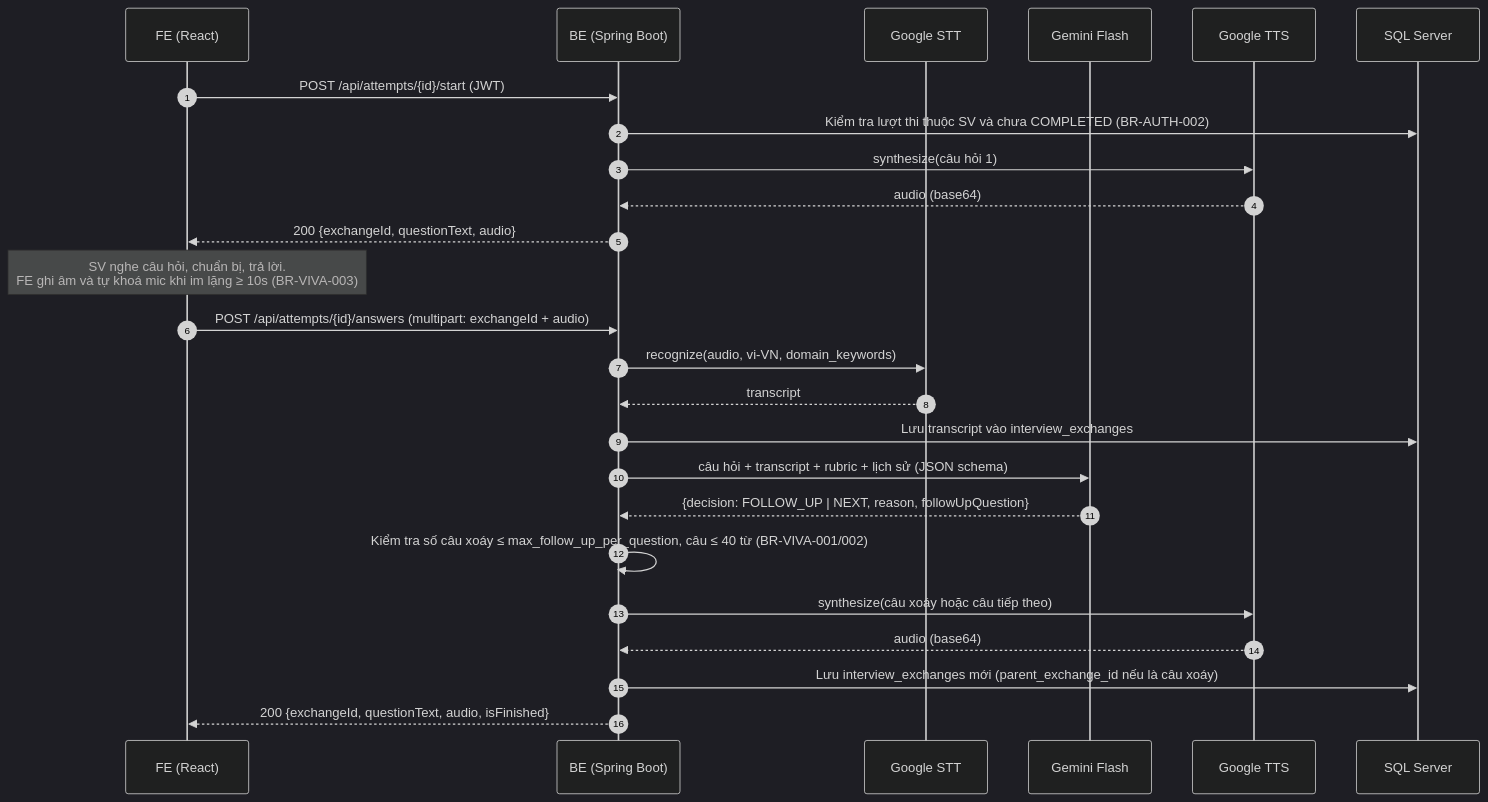
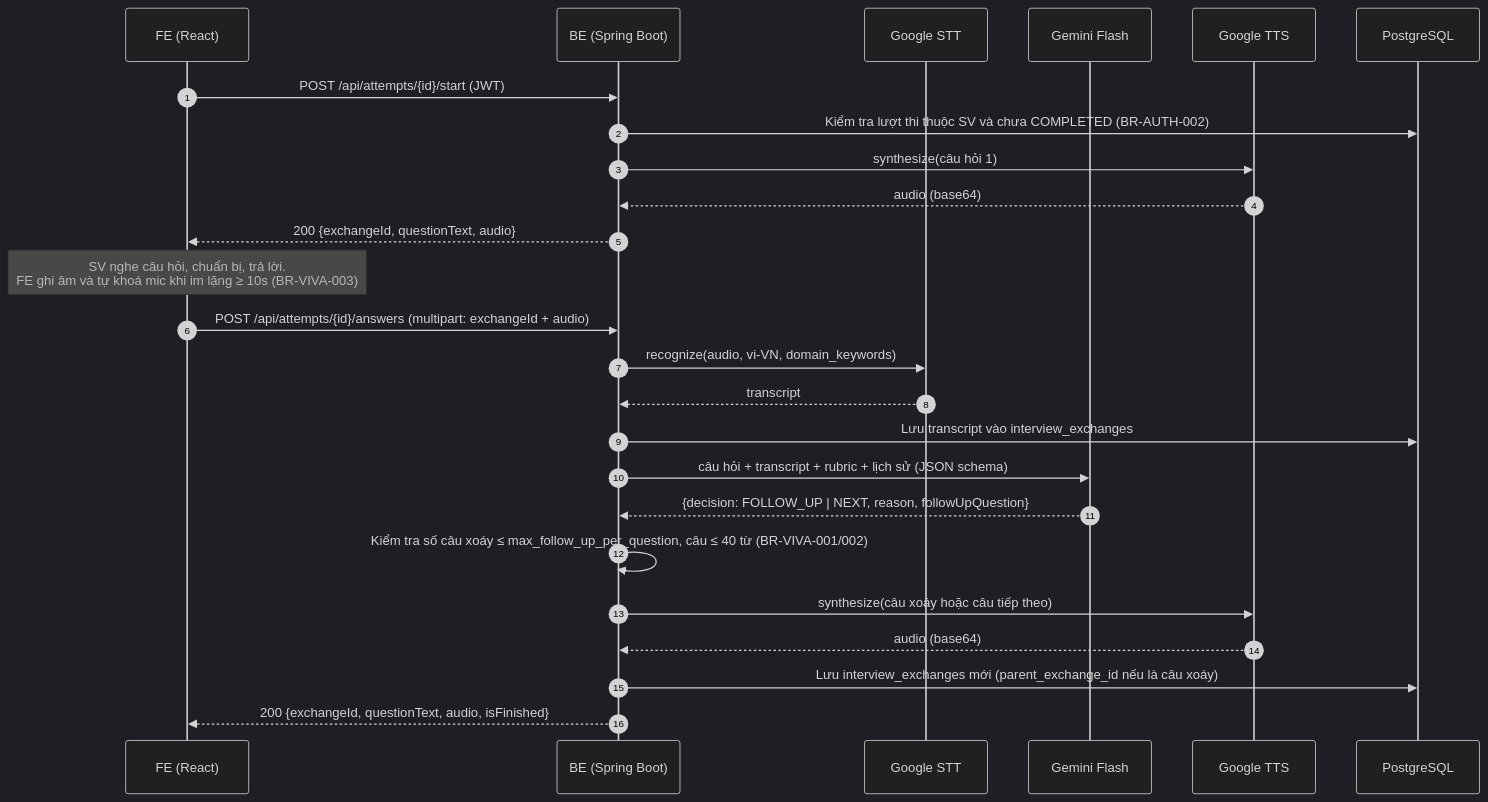
Before and after one commit to SWD392-Group-4/AI-powered-Viva-Exam-System: the second of 2 diagrams in document/02-architecture-design/README.md, drawn with Mermaid (dark theme). The commit also changed other lines of this file and 7 other files, not shown here.

Commit message:
change sql - postgreSQL

````diff
--- a/document/02-architecture-design/README.md
+++ b/document/02-architecture-design/README.md
@@ -153,30 +153,30 @@
 ```mermaid
 sequenceDiagram
     autonumber
     participant FE as FE (React)
     participant BE as BE (Spring Boot)
     participant STT as Google STT
     participant AI as Gemini Flash
     participant TTS as Google TTS
-    participant DB as SQL Server
+    participant DB as PostgreSQL
 
     FE->>BE: POST /api/attempts/{id}/start (JWT)
     BE->>DB: Kiểm tra lượt thi thuộc SV và chưa COMPLETED (BR-AUTH-002)
     BE->>TTS: synthesize(câu hỏi 1)
     TTS-->>BE: audio (base64)
     BE-->>FE: 200 {exchangeId, questionText, audio}
 
     Note over FE: SV nghe câu hỏi, chuẩn bị, trả lời.<br/>FE ghi âm và tự khoá mic khi im lặng ≥ 10s (BR-VIVA-003)
 
     FE->>BE: POST /api/attempts/{id}/answers (multipart: exchangeId + audio)
     BE->>STT: recognize(audio, vi-VN, domain_keywords)
     STT-->>BE: transcript
     BE->>DB: Lưu transcript vào interview_exchanges
     BE->>AI: câu hỏi + transcript + rubric + lịch sử (JSON schema)
     AI-->>BE: {decision: FOLLOW_UP | NEXT, reason, followUpQuestion}
     BE->>BE: Kiểm tra số câu xoáy ≤ max_follow_up_per_question, câu ≤ 40 từ (BR-VIVA-001/002)
     BE->>TTS: synthesize(câu xoáy hoặc câu tiếp theo)
     TTS-->>BE: audio (base64)
     BE->>DB: Lưu interview_exchanges mới (parent_exchange_id nếu là câu xoáy)
     BE-->>FE: 200 {exchangeId, questionText, audio, isFinished}
 ```
````
